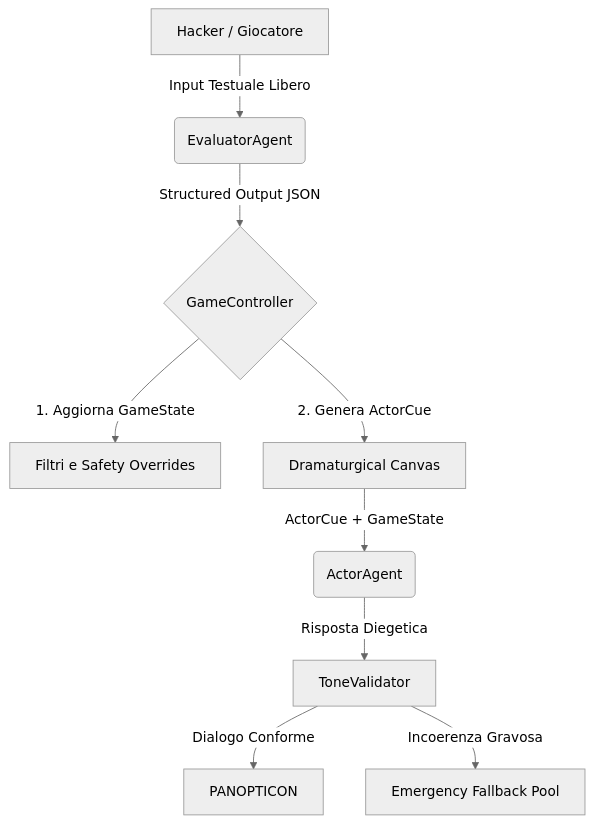
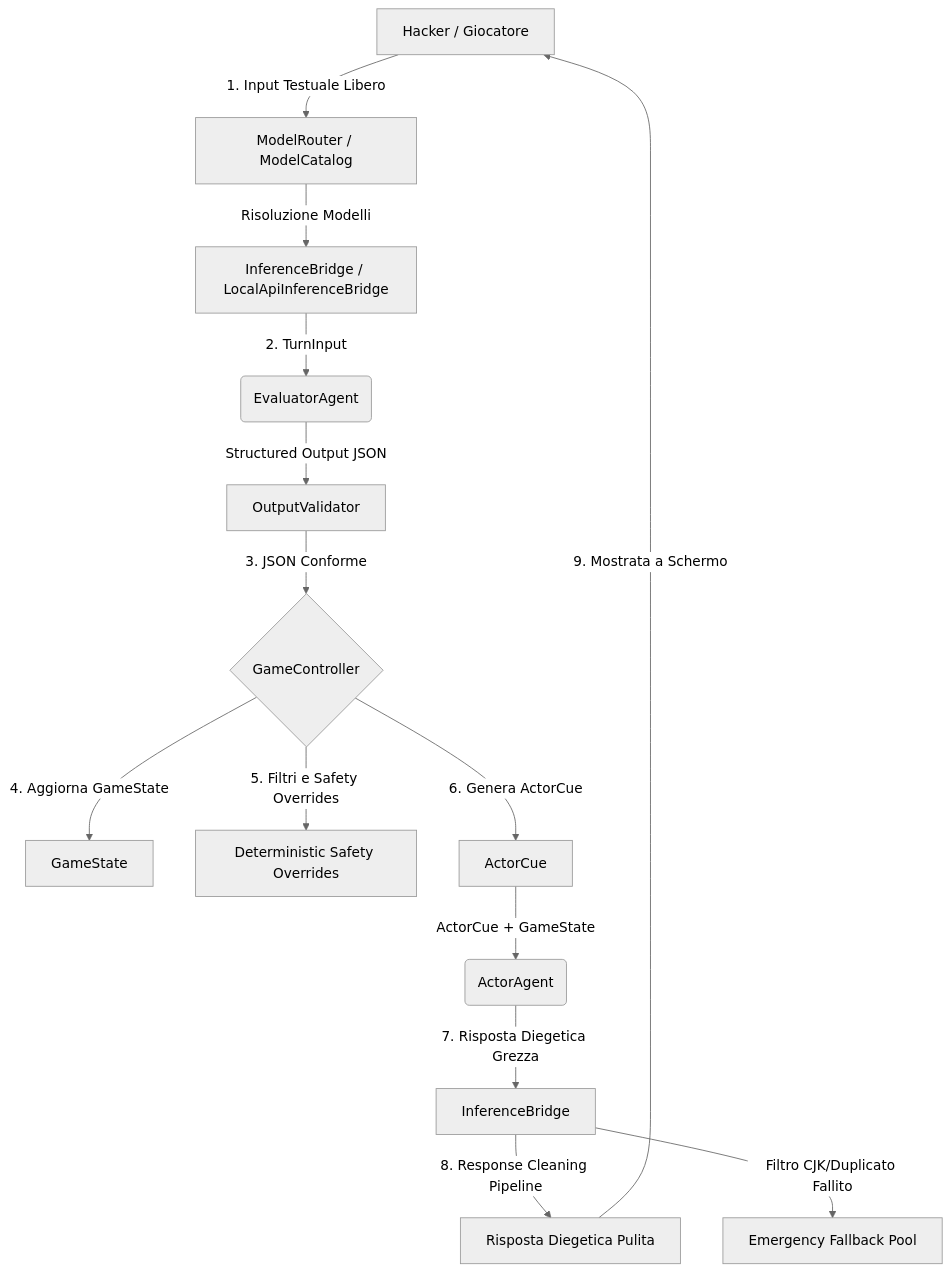
Before and after one commit to naturewhisp/aura: the diagram in AGENTS.md, drawn with Mermaid (neutral theme). The commit also changed other lines of this file and 39 other files, not shown here.

````diff
--- a/AGENTS.md
+++ b/AGENTS.md
@@ -11,11 +11,16 @@
 ```mermaid
 graph TD
-    A[Hacker / Giocatore] -->|Input Testuale Libero| B(EvaluatorAgent)
-    B -->|Structured Output JSON| C{GameController}
-    C -->|1. Aggiorna GameState| D[Filtri e Safety Overrides]
-    C -->|2. Genera ActorCue| E[Dramaturgical Canvas]
-    E -->|ActorCue + GameState| F(ActorAgent)
-    F -->|Risposta Diegetica| G[ToneValidator]
-    G -->|Dialogo Conforme| H[PANOPTICON]
-    G -->|Incoerenza Gravosa| I[Emergency Fallback Pool]
+    A[Hacker / Giocatore] -->|1. Input Testuale Libero| MR[ModelRouter / ModelCatalog]
+    MR -->|Risoluzione Modelli| IB[InferenceBridge / LocalApiInferenceBridge]
+    IB -->|2. TurnInput| B(EvaluatorAgent)
+    B -->|Structured Output JSON| OV[OutputValidator]
+    OV -->|3. JSON Conforme| C{GameController}
+    C -->|4. Aggiorna GameState| GS[GameState]
+    C -->|5. Filtri e Safety Overrides| SO[Deterministic Safety Overrides]
+    C -->|6. Genera ActorCue| AC[ActorCue]
+    AC -->|ActorCue + GameState| F(ActorAgent)
+    F -->|7. Risposta Diegetica Grezza| IB2[InferenceBridge]
+    IB2 -->|8. Response Cleaning Pipeline| OUT[Risposta Diegetica Pulita]
+    OUT -->|9. Mostrata a Schermo| A
+    IB2 -->|Filtro CJK/Duplicato Fallito| FP[Emergency Fallback Pool]
 ```
````
